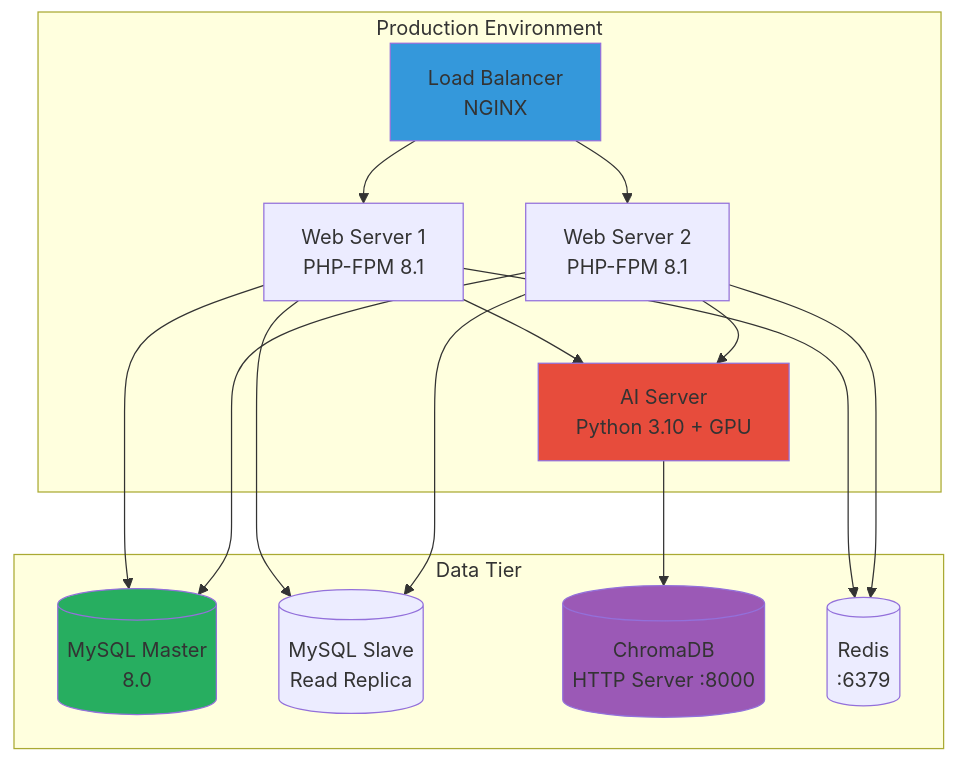
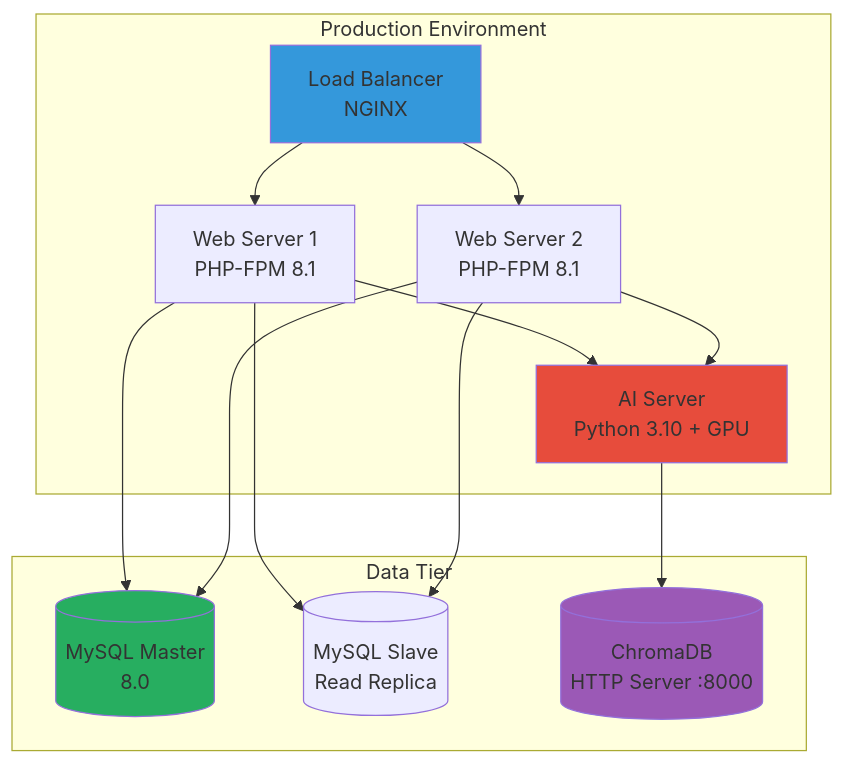
One commit to iuh21004175/EPIC--Theater-chain-management-system-NGINX- changed the third of 12 diagrams in doc/TAI_LIEU_CHAM_CONG.md. Above: the diagram before and after it, drawn with Mermaid. The commit also changed other lines of this file and 5 other files, not shown here.

````diff
--- a/doc/TAI_LIEU_CHAM_CONG.md
+++ b/doc/TAI_LIEU_CHAM_CONG.md
@@ -236,33 +235,30 @@
 ```mermaid
 graph TB
     subgraph "Production Environment"
         LB[Load Balancer<br/>NGINX]
         WEB1[Web Server 1<br/>PHP-FPM 8.1]
         WEB2[Web Server 2<br/>PHP-FPM 8.1]
         AI[AI Server<br/>Python 3.10 + GPU]
     end
     
     subgraph "Data Tier"
         DB[(MySQL Master<br/>8.0)]
         DBSLAVE[(MySQL Slave<br/>Read Replica)]
         CHROMA[(ChromaDB<br/>HTTP Server :8000)]
-        REDIS[(Redis<br/>:6379)]
     end
     
     LB --> WEB1
     LB --> WEB2
     WEB1 --> DB
     WEB2 --> DB
     WEB1 --> DBSLAVE
     WEB2 --> DBSLAVE
     WEB1 --> AI
     WEB2 --> AI
     AI --> CHROMA
-    WEB1 --> REDIS
-    WEB2 --> REDIS
     
     style LB fill:#3498db
     style AI fill:#e74c3c
     style DB fill:#27ae60
     style CHROMA fill:#9b59b6
 ```
````
